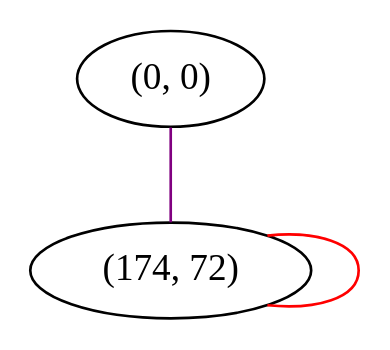
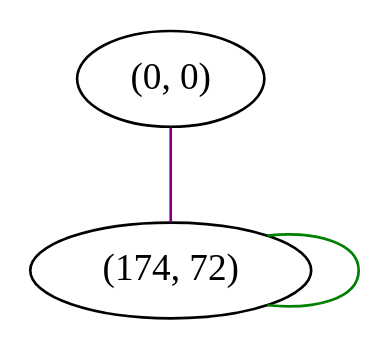
The diagram in graphviz/alegreya/o.gv (FelixMcFelix/sip-for-cv-paper), drawn with Graphviz before and after one commit. The commit also changed 41357 other files, not shown here.

First line of the commit message:
Dual graphs, new fonts, cross-font comparison

```diff
--- a/graphviz/alegreya/o.gv
+++ b/graphviz/alegreya/o.gv
@@ -1,6 +1,6 @@
 graph "" {
 "(0, 0)";
 "(174, 72)";
 "(0, 0)" -- "(174, 72)"  [color=purple, key=0, weight=4];
-"(174, 72)" -- "(174, 72)"  [color=red, key=0, weight=1];
+"(174, 72)" -- "(174, 72)"  [color=green, key=0, weight=2];
 }
```
